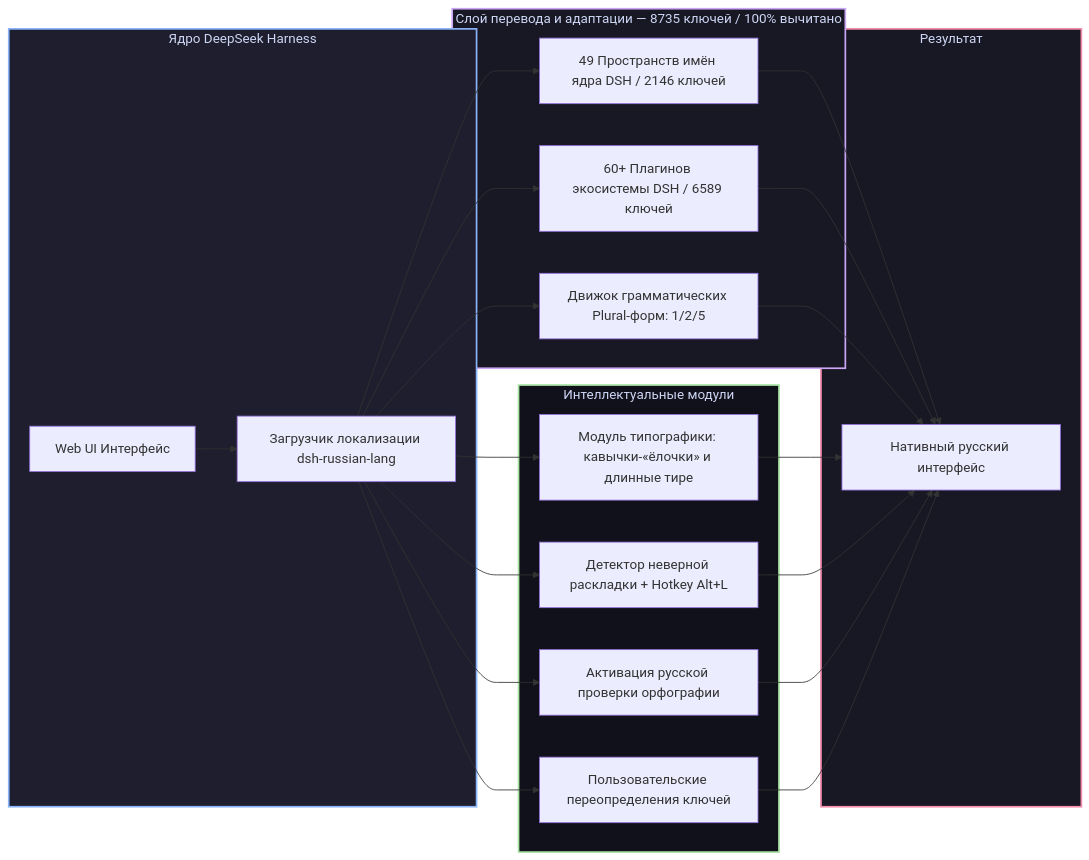
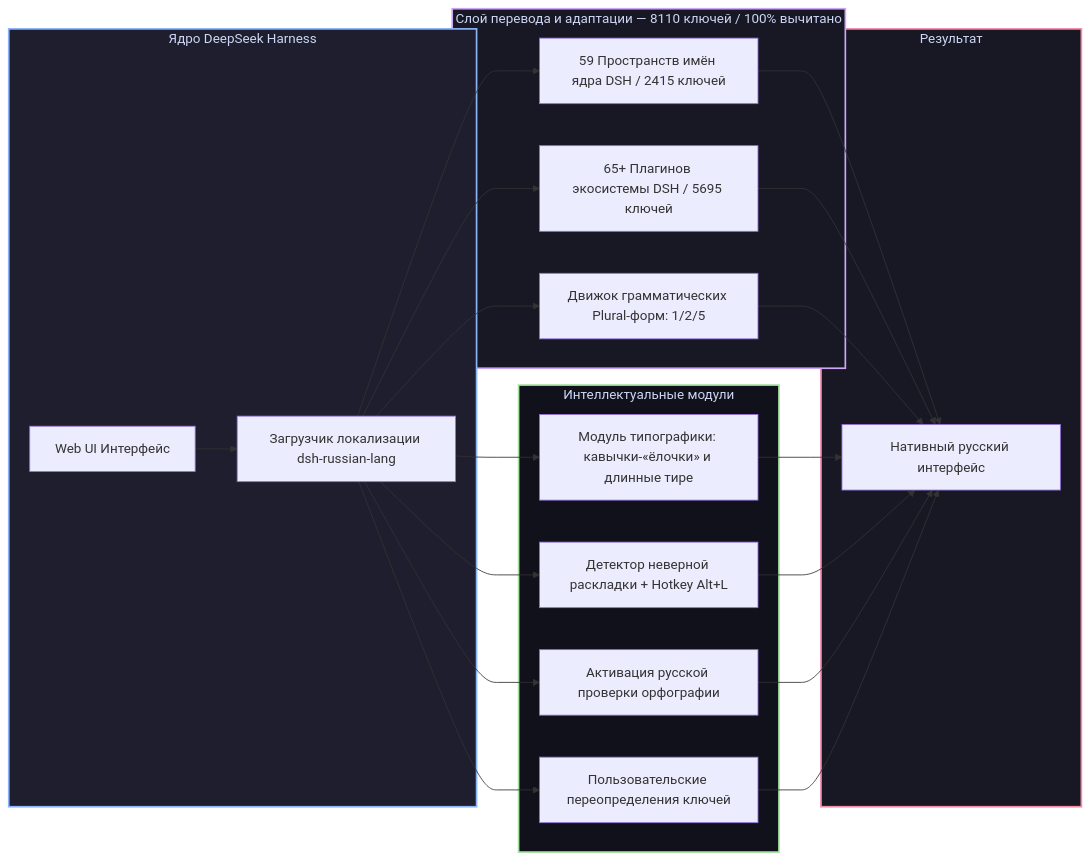
Before and after one commit to GooDAnDReaDY/dsh-russian-lang: the diagram in README.md, drawn with Mermaid. The commit also changed other lines of this file and 8 other files, not shown here.

````diff
--- a/README.md
+++ b/README.md
@@ -49,34 +49,34 @@
 ```mermaid
 graph LR
     subgraph DSHCore [Ядро DeepSeek Harness]
         DSH[Web UI Интерфейс] --> Loader[Загрузчик локализации dsh-russian-lang]
     end
 
-    subgraph TranslationLayer [Слой перевода и адаптации — 8735 ключей / 100% вычитано]
-        Loader --> CoreDict[49 Пространств имён ядра DSH / 2146 ключей]
-        Loader --> PluginDict[60+ Плагинов экосистемы DSH / 6589 ключей]
+    subgraph TranslationLayer [Слой перевода и адаптации — 8110 ключей / 100% вычитано]
+        Loader --> CoreDict[59 Пространств имён ядра DSH / 2415 ключей]
+        Loader --> PluginDict[65+ Плагинов экосистемы DSH / 5695 ключей]
         Loader --> PluralEngine[Движок грамматических Plural-форм: 1/2/5]
     end
 
     subgraph SmartFeatures [Интеллектуальные модули]
         Loader --> Typo[Модуль типографики: кавычки-«ёлочки» и длинные тире]
         Loader --> LayoutFix[Детектор неверной раскладки + Hotkey Alt+L]
         Loader --> Spell[Активация русской проверки орфографии]
         Loader --> Overrides[Пользовательские переопределения ключей]
     end
 
     subgraph Result [Результат]
         CoreDict --> NativeUI[Нативный русский интерфейс]
         PluginDict --> NativeUI
         PluralEngine --> NativeUI
         Typo --> NativeUI
         LayoutFix --> NativeUI
         Spell --> NativeUI
         Overrides --> NativeUI
     end
 
     style DSHCore fill:#1e1e2e,stroke:#89b4fa,stroke-width:2px,color:#cdd6f4
     style TranslationLayer fill:#181825,stroke:#cba6f7,stroke-width:2px,color:#cdd6f4
     style SmartFeatures fill:#11111b,stroke:#a6e3a1,stroke-width:2px,color:#cdd6f4
     style Result fill:#181825,stroke:#f38ba8,stroke-width:2px,color:#cdd6f4
 ```
````
